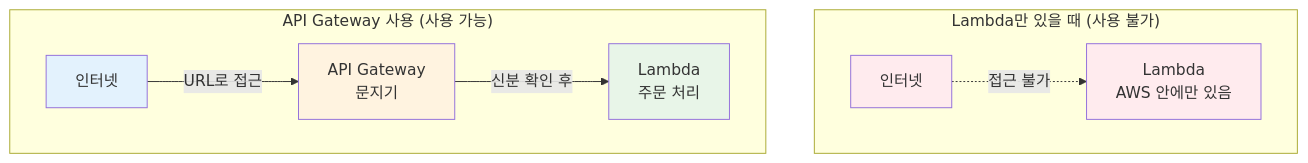
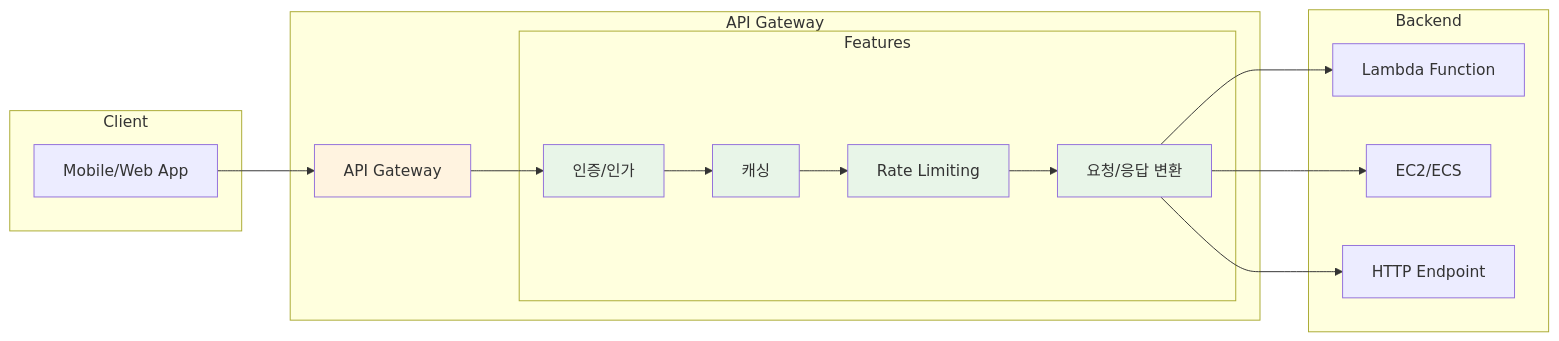
The first of 2 diagrams in theory/november/week_02/day2/session_1.md (niceguy61/kdt_devops_lecture_2025), drawn with Mermaid before and after one commit. The commit also changed other lines of this file and 4 other files, not shown here.

````diff
--- a/theory/november/week_02/day2/session_1.md
+++ b/theory/november/week_02/day2/session_1.md
@@ -108,17 +47,39 @@
 ```mermaid
-graph TB
-    subgraph "Lambda만 있을 때 (사용 불가)"
-        A1[인터넷] -.->|접근 불가| A2[Lambda<br/>AWS 안에만 있음]
+graph LR
+    subgraph "Client"
+        C[Mobile/Web App]
     end
     
-    subgraph "API Gateway 사용 (사용 가능)"
-        B1[인터넷] -->|URL로 접근| B2[API Gateway<br/>문지기]
-        B2 -->|신분 확인 후| B3[Lambda<br/>주문 처리]
+    subgraph "API Gateway"
+        AG[API Gateway]
+        
+        subgraph "Features"
+            AUTH[인증/인가]
+            CACHE[캐싱]
+            THROTTLE[Rate Limiting]
+            TRANSFORM[요청/응답 변환]
+        end
     end
     
-    style A1 fill:#ffebee
-    style A2 fill:#ffebee
-    style B1 fill:#e3f2fd
-    style B2 fill:#fff3e0
-    style B3 fill:#e8f5e8
+    subgraph "Backend"
+        L[Lambda Function]
+        EC2[EC2/ECS]
+        HTTP[HTTP Endpoint]
+    end
+    
+    C --> AG
+    AG --> AUTH
+    AUTH --> CACHE
+    CACHE --> THROTTLE
+    THROTTLE --> TRANSFORM
+    
+    TRANSFORM --> L
+    TRANSFORM --> EC2
+    TRANSFORM --> HTTP
+    
+    style AG fill:#fff3e0
+    style AUTH fill:#e8f5e8
+    style CACHE fill:#e8f5e8
+    style THROTTLE fill:#e8f5e8
+    style TRANSFORM fill:#e8f5e8
 ```
````
